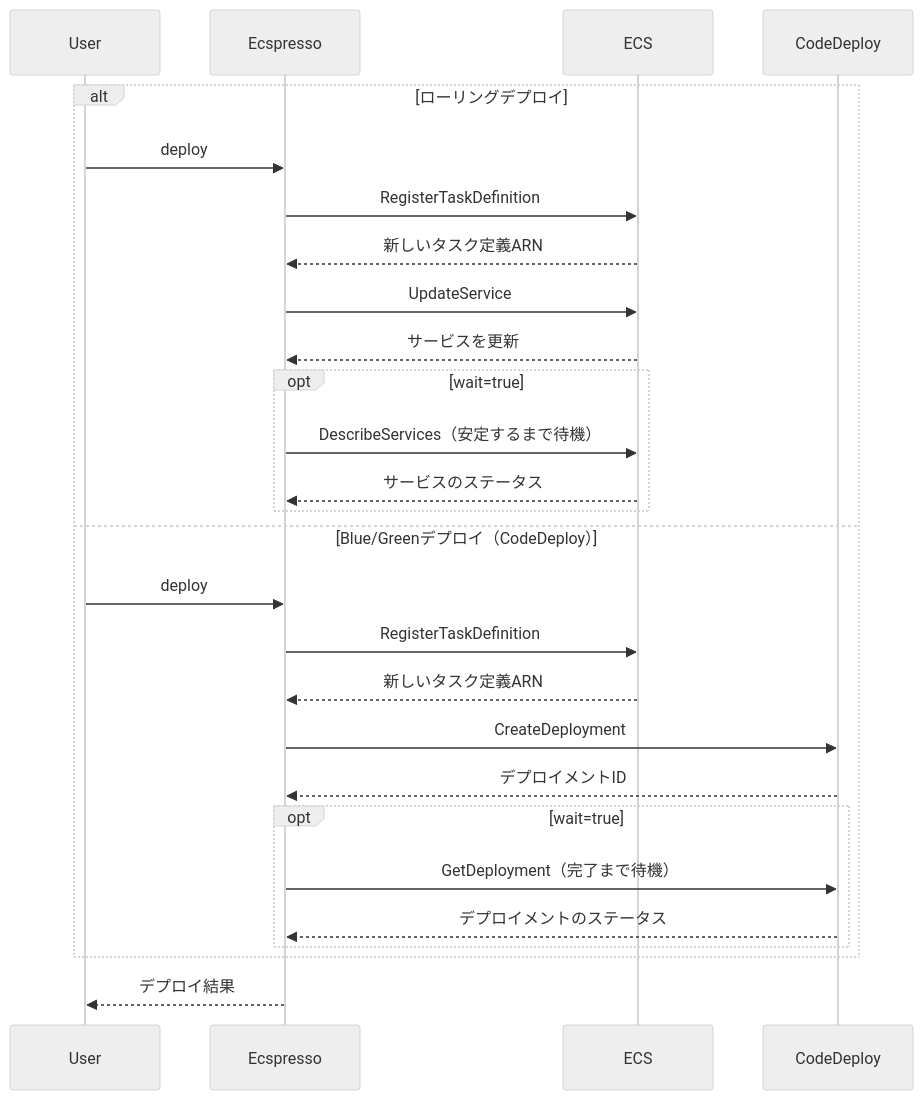
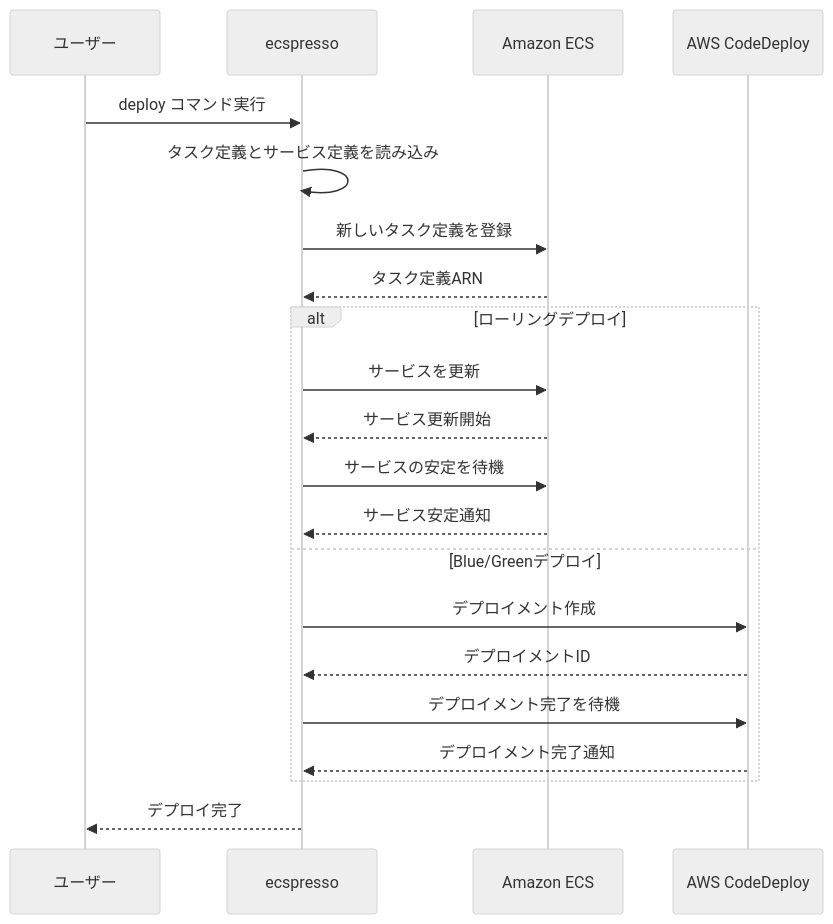
Before and after one commit to bufferings/devin-docs: the diagram in ecspresso/commands/deploy.md, drawn with Mermaid (neutral theme). The commit also changed other lines of this file and 31 other files, not shown here.

````diff
--- a/ecspresso/commands/deploy.md
+++ b/ecspresso/commands/deploy.md
@@ -80,31 +81,26 @@
 ```mermaid
 sequenceDiagram
-    participant User
-    participant Ecspresso
-    participant ECS
-    participant CodeDeploy
+    participant User as ユーザー
+    participant Ecspresso as ecspresso
+    participant ECS as Amazon ECS
+    participant CodeDeploy as AWS CodeDeploy
+    
+    User->>Ecspresso: deploy コマンド実行
+    Ecspresso->>Ecspresso: タスク定義とサービス定義を読み込み
+    Ecspresso->>ECS: 新しいタスク定義を登録
+    ECS-->>Ecspresso: タスク定義ARN
     
     alt ローリングデプロイ
-        User->>Ecspresso: deploy
-        Ecspresso->>ECS: RegisterTaskDefinition
-        ECS-->>Ecspresso: 新しいタスク定義ARN
-        Ecspresso->>ECS: UpdateService
-        ECS-->>Ecspresso: サービスを更新
-        opt wait=true
-            Ecspresso->>ECS: DescribeServices（安定するまで待機）
-            ECS-->>Ecspresso: サービスのステータス
-        end
-    else Blue/Greenデプロイ（CodeDeploy）
-        User->>Ecspresso: deploy
-        Ecspresso->>ECS: RegisterTaskDefinition
-        ECS-->>Ecspresso: 新しいタスク定義ARN
-        Ecspresso->>CodeDeploy: CreateDeployment
+        Ecspresso->>ECS: サービスを更新
+        ECS-->>Ecspresso: サービス更新開始
+        Ecspresso->>ECS: サービスの安定を待機
+        ECS-->>Ecspresso: サービス安定通知
+    else Blue/Greenデプロイ
+        Ecspresso->>CodeDeploy: デプロイメント作成
         CodeDeploy-->>Ecspresso: デプロイメントID
-        opt wait=true
-            Ecspresso->>CodeDeploy: GetDeployment（完了まで待機）
-            CodeDeploy-->>Ecspresso: デプロイメントのステータス
-        end
+        Ecspresso->>CodeDeploy: デプロイメント完了を待機
+        CodeDeploy-->>Ecspresso: デプロイメント完了通知
     end
     
-    Ecspresso-->>User: デプロイ結果
+    Ecspresso-->>User: デプロイ完了
 ```
````
